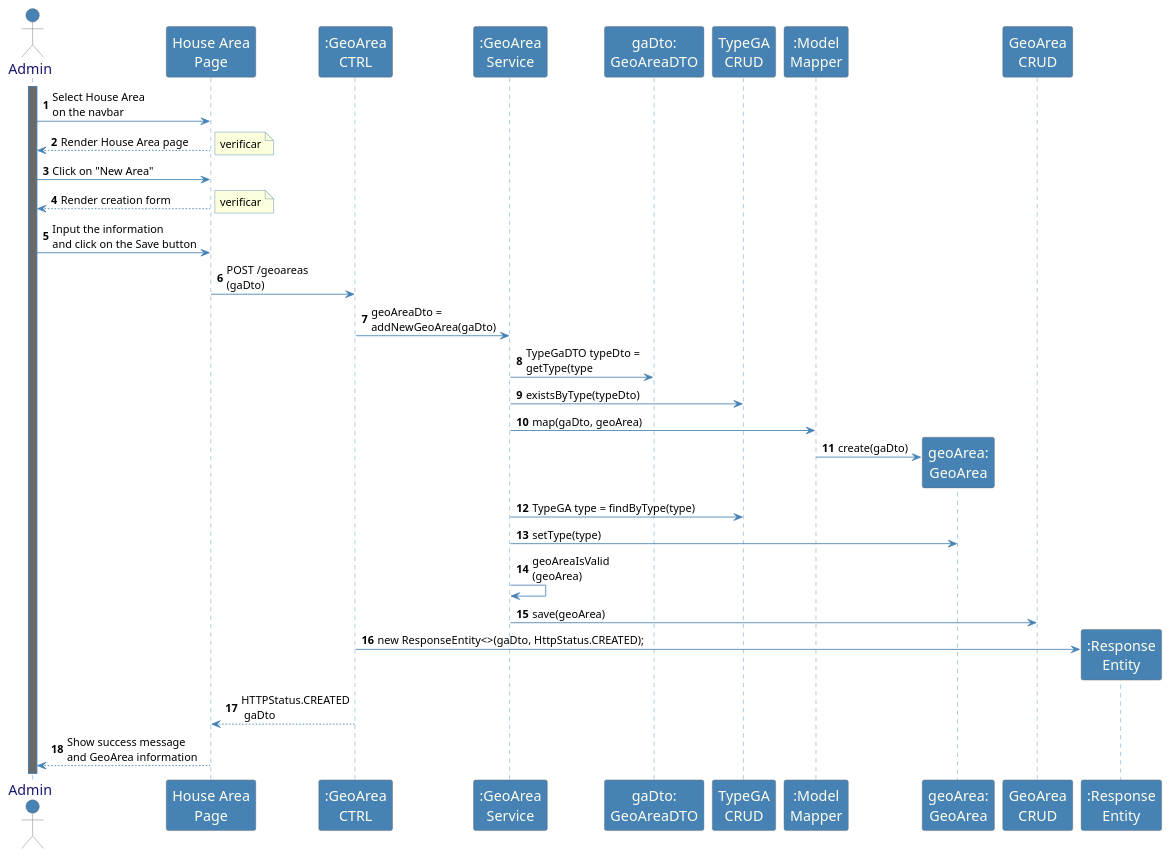
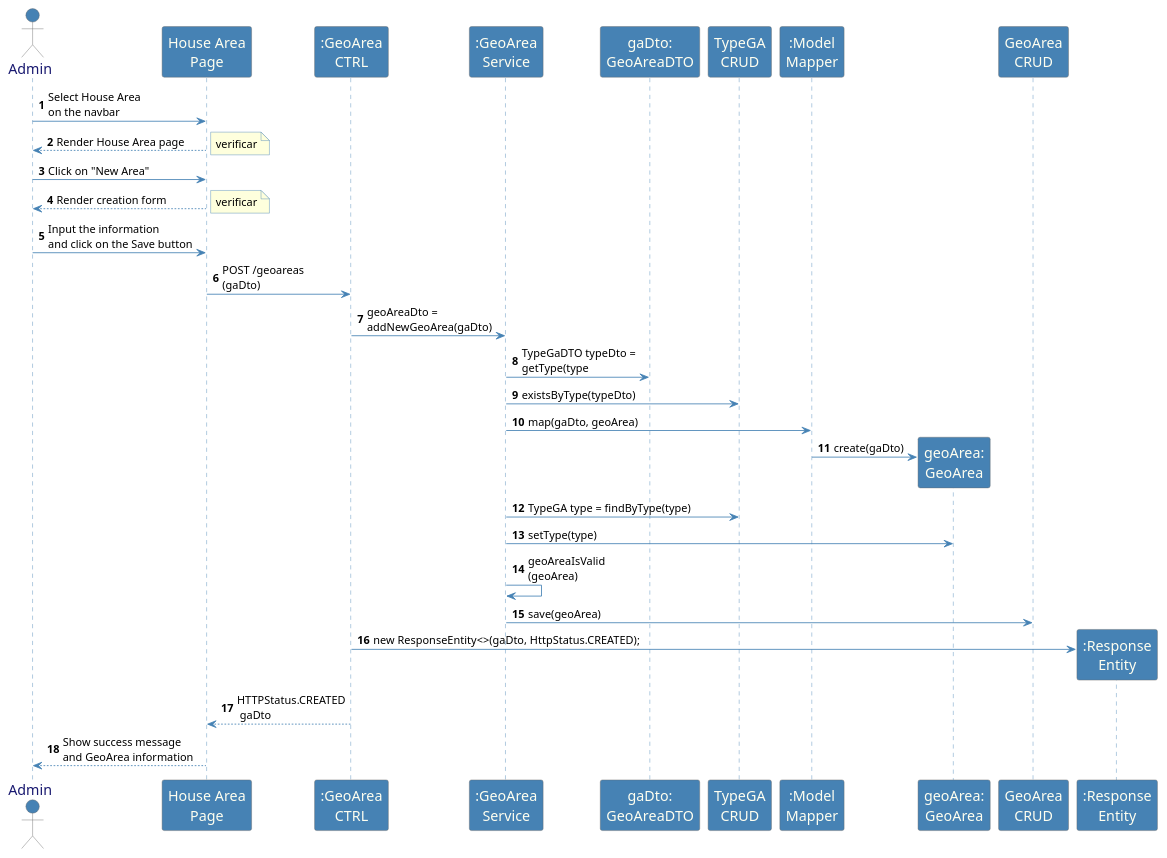
The diagram in src/main/java/smarthome/controller/rest/sequenceDiagrams/sd_NewGeoArea.puml (emanuel-pereira/hou), drawn with PlantUML before and after one commit.

Commit message:
Fix #279: removed Lifeline of actor in sequence diagram

```diff
--- a/src/main/java/smarthome/controller/rest/sequenceDiagrams/sd_NewGeoArea.puml
+++ b/src/main/java/smarthome/controller/rest/sequenceDiagrams/sd_NewGeoArea.puml
@@ -1,80 +1,79 @@
 @startuml
 autonumber
 skinparam sequence {
 	ArrowColor SteelBlue
 	ActorBorderColor Dimgray
 	LifeLineBorderColor SteelBlue
 	LifeLineBackgroundColor Dimgray
 
 	ParticipantBorderColor Dimgray
 	ParticipantBackgroundColor SteelBlue
 	ParticipantFontName Calibri Bold
 	ParticipantFontSize 17
 	ParticipantFontColor Ivory
 
 	ActorBackgroundColor SteelBlue
 	ActorFontColor MidnightBlue
 	ActorFontSize 17
 	ActorFontName Aapex
 }
 skinparam note {
 BorderColor SteelBlue
 }
 
 actor Admin
-activate Admin
 
 
 'INTERACTIONS WITH PAGE
 Admin -> "House Area\nPage": Select House Area\non the navbar
 "House Area\nPage" --> Admin: Render House Area page
 note right
 verificar
 end note
 Admin -> "House Area\nPage": Click on "New Area"
 "House Area\nPage" --> Admin: Render creation form
 note right
 verificar
 end note
 Admin -> "House Area\nPage": Input the information\nand click on the Save button
 
 
 
 'POST REQUEST AND REST CONTROLLER METHOD
 "House Area\nPage" -> ":GeoArea\nCTRL": POST /geoareas\n(gaDto)
 ":GeoArea\nCTRL" -> ":GeoArea\nService": geoAreaDto =\naddNewGeoArea(gaDto)
 
 
 
 'GET THE TYPE AND CHECK IF EXISTS
 ":GeoArea\nService" -> "gaDto:\nGeoAreaDTO": TypeGaDTO typeDto =\ngetType(type
 ":GeoArea\nService" -> "TypeGA\nCRUD": existsByType(typeDto)
 
 
 
 'CREATE THE GEOAREA
 ":GeoArea\nService" -> ":Model\nMapper": map(gaDto, geoArea)
 create "geoArea:\nGeoArea"
 ":Model\nMapper" -> "geoArea:\nGeoArea": create(gaDto)
 
 
 
 'SET THE TYPE
 ":GeoArea\nService" -> "TypeGA\nCRUD": TypeGA type = findByType(type)
 ":GeoArea\nService" -> "geoArea:\nGeoArea": setType(type)
 
 
 
 'CHECK IF VALID AND SAVE THE GEOAREA
 ":GeoArea\nService" -> ":GeoArea\nService": geoAreaIsValid\n(geoArea)
 ":GeoArea\nService" -> "GeoArea\nCRUD" : save(geoArea)
 
 
 
 'RESPONSE ENTITY, HTTP STATUS AND UI MESSAGE
 create ":Response\nEntity"
 ":GeoArea\nCTRL" ->  ":Response\nEntity": new ResponseEntity<>(gaDto, HttpStatus.CREATED);
 ":GeoArea\nCTRL"--> "House Area\nPage": HTTPStatus.CREATED\n gaDto
 "House Area\nPage" --> Admin: Show success message\nand GeoArea information
 
 @enduml
```
